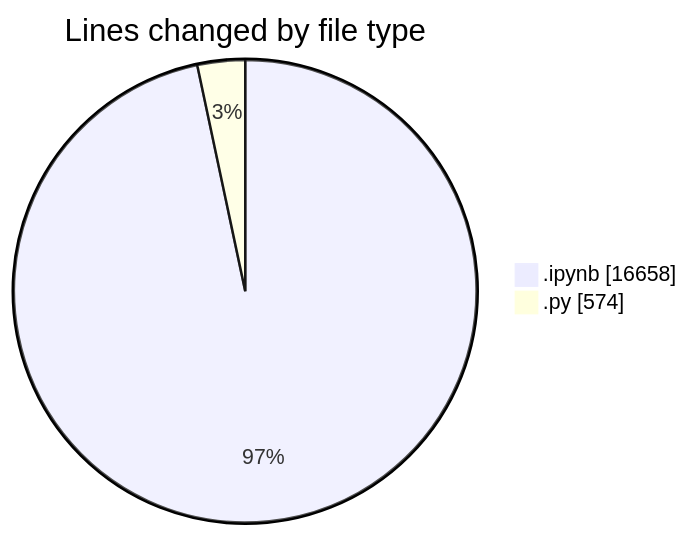
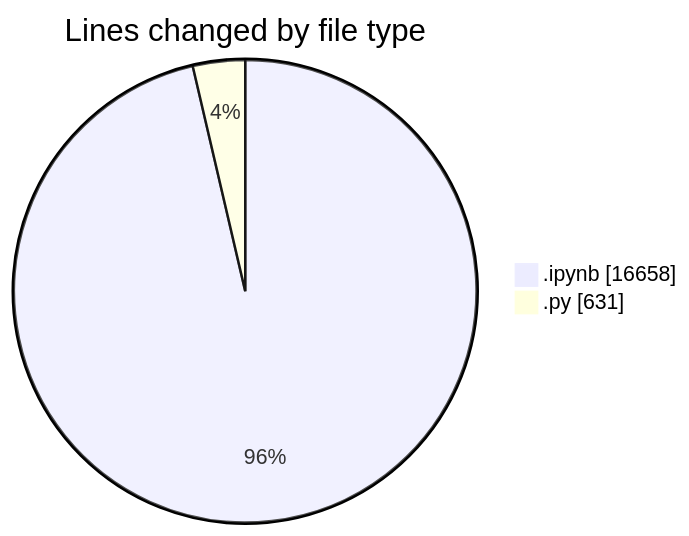
The first of 2 diagrams in 2025-03-20/myws__workspace_/README.md (MatusMokan/code-tracking), drawn with Mermaid before and after one commit. The commit also changed other lines of this file and 1 other file, not shown here.

````diff
--- a/2025-03-20/myws__workspace_/README.md
+++ b/2025-03-20/myws__workspace_/README.md
@@ -21,6 +21,6 @@
 ```mermaid
 pie showData
 title Lines changed by file type
 ".ipynb" : 16658
-".py" : 574
+".py" : 631
 ```
````
